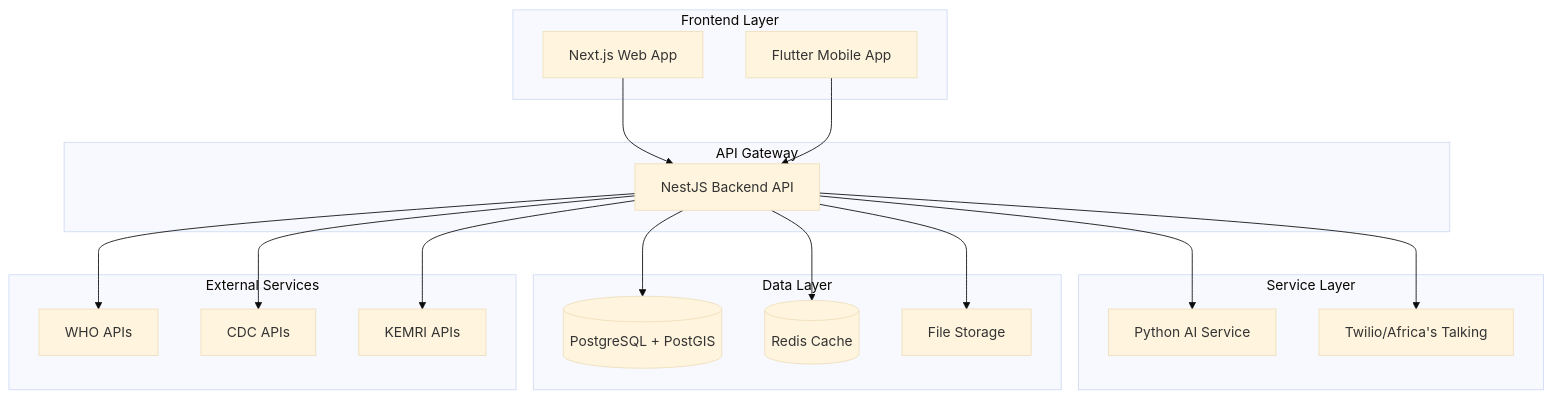
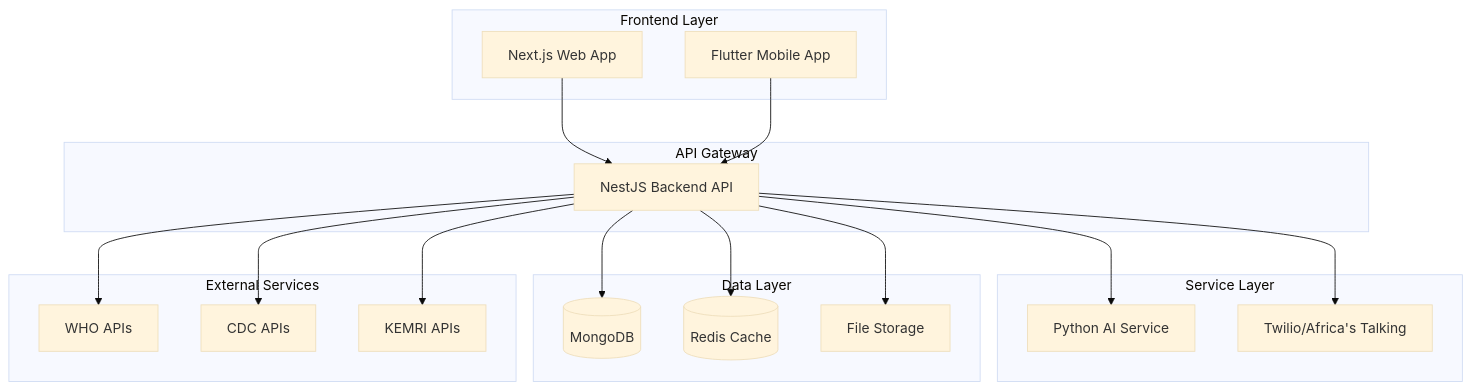
One commit to MauriceOS/snaktox changed the first of 2 diagrams in docs/architecture/README.md. Above: the diagram before and after it, drawn with Mermaid (base theme). The commit also changed other lines of this file and 39 other files, not shown here.

Commit message:
updated database schemas for MongoDB

````diff
--- a/docs/architecture/README.md
+++ b/docs/architecture/README.md
@@ -11,39 +11,39 @@
 ```mermaid
 graph TB
     subgraph "Frontend Layer"
         WEB[Next.js Web App]
         MOBILE[Flutter Mobile App]
     end
     
     subgraph "API Gateway"
         BACKEND[NestJS Backend API]
     end
     
     subgraph "Service Layer"
         AI[Python AI Service]
         SMS[Twilio/Africa's Talking]
     end
     
     subgraph "Data Layer"
-        DB[(PostgreSQL + PostGIS)]
+        DB[(MongoDB)]
         REDIS[(Redis Cache)]
         STORAGE[File Storage]
     end
     
     subgraph "External Services"
         WHO[WHO APIs]
         CDC[CDC APIs]
         KEMRI[KEMRI APIs]
     end
     
     WEB --> BACKEND
     MOBILE --> BACKEND
     BACKEND --> AI
     BACKEND --> SMS
     BACKEND --> DB
     BACKEND --> REDIS
     BACKEND --> STORAGE
     BACKEND --> WHO
     BACKEND --> CDC
     BACKEND --> KEMRI
 ```
````
